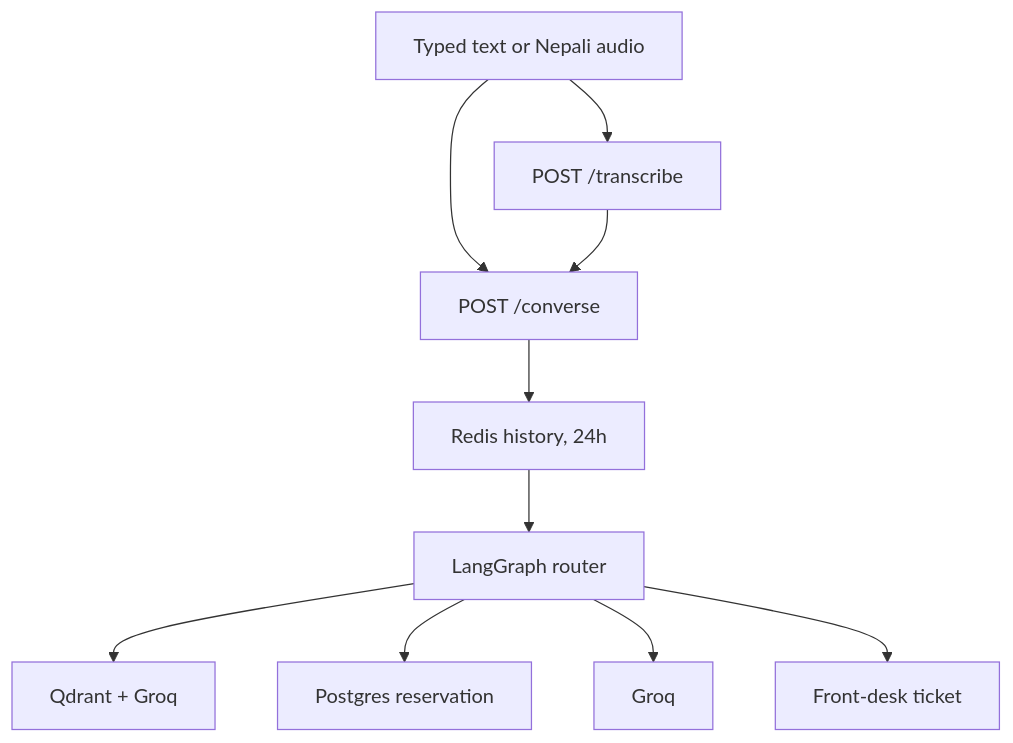
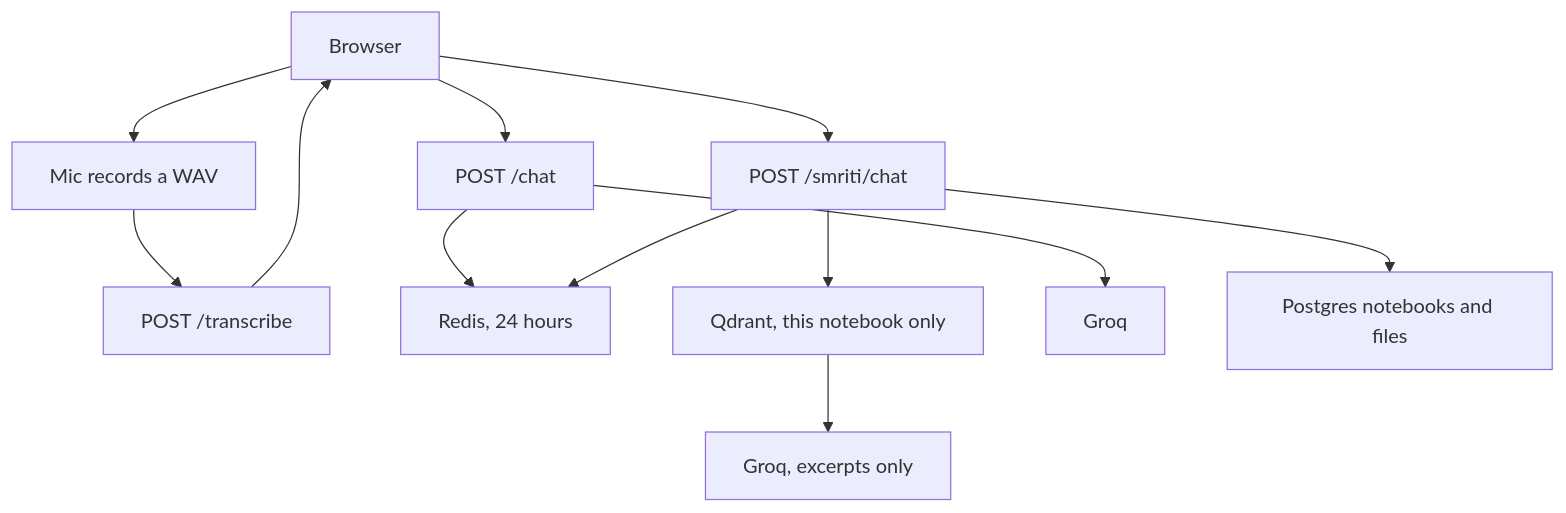
The diagram in README.md (rupaktiwari/shruti), drawn with Mermaid before and after one commit. The commit also changed other lines of this file and 48 other files, not shown here.

Commit message:
Changed the project structure into shruti-the chatbot and smriti-the rag

````diff
--- a/README.md
+++ b/README.md
@@ -29,12 +25,14 @@
 ```mermaid
 flowchart TD
-    Guest["Typed text or Nepali audio"] --> ASR["POST /transcribe"]
-    Guest --> Chat["POST /converse"]
-    ASR --> Chat
-    Chat --> Redis["Redis history, 24h"]
-    Redis --> Router["LangGraph router"]
-    Router --> RAG["Qdrant + Groq"]
-    Router --> Book["Postgres reservation"]
-    Router --> General["Groq"]
-    Router --> Desk["Front-desk ticket"]
+    Page["Browser"] --> Mic["Mic records a WAV"]
+    Mic --> ASR["POST /transcribe"]
+    Page --> Chat["POST /chat"]
+    Page --> Ask["POST /smriti/chat"]
+    ASR --> Page
+    Chat --> Redis["Redis, 24 hours"]
+    Ask --> Redis
+    Ask --> Qdrant["Qdrant, this notebook only"]
+    Qdrant --> Groq["Groq, excerpts only"]
+    Chat --> GroqChat["Groq"]
+    Ask --> Postgres["Postgres notebooks and files"]
 ```
````
